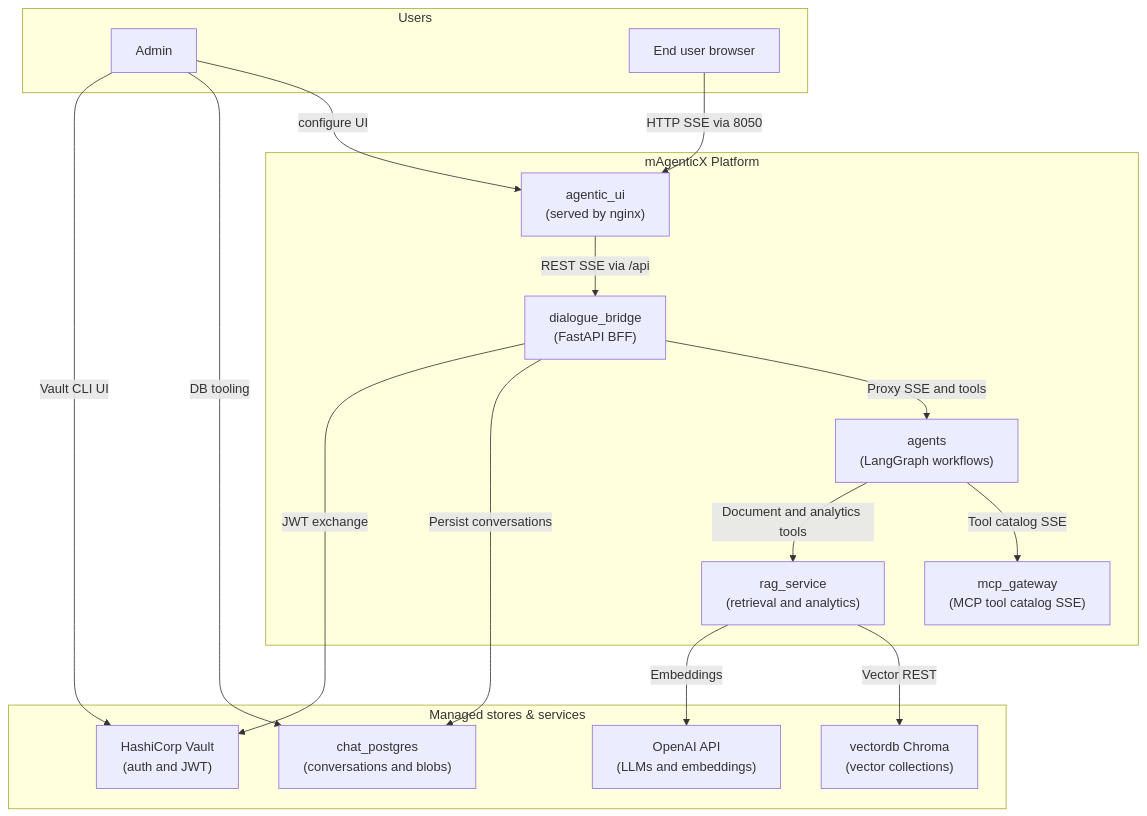
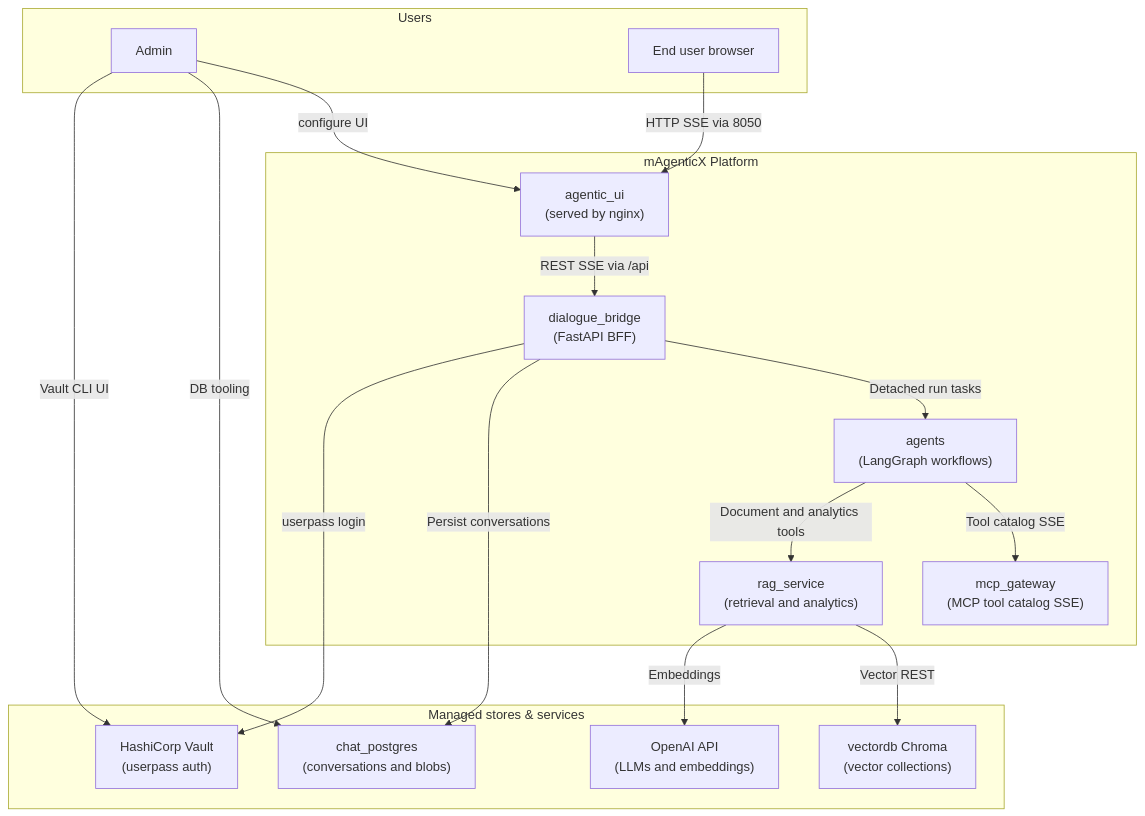
The first of 9 diagrams in README.md (konstantinosmpouros/mAgenticX), drawn with Mermaid before and after one commit. The commit also changed other lines of this file and 9 other files, not shown here.

````diff
--- a/README.md
+++ b/README.md
@@ -18,35 +18,35 @@
 ```mermaid
 flowchart TB
     subgraph Users["Users"]
         Admin["Admin"]
         Browser["End user browser"]
     end
 
     subgraph Platform["mAgenticX Platform"]
         UI["agentic_ui<br/>(served by nginx)"]
         Bridge["dialogue_bridge<br/>(FastAPI BFF)"]
         Agents["agents<br/>(LangGraph workflows)"]
         MCP["mcp_gateway<br/>(MCP tool catalog SSE)"]
         RAG["rag_service<br/>(retrieval and analytics)"]
     end
 
     subgraph Stores["Managed stores & services"]
         PG["chat_postgres<br/>(conversations and blobs)"]
-        Vault["HashiCorp Vault<br/>(auth and JWT)"]
+        Vault["HashiCorp Vault<br/>(userpass auth)"]
         Chroma["vectordb Chroma<br/>(vector collections)"]
         OpenAI["OpenAI API<br/>(LLMs and embeddings)"]
     end
 
     Admin -->|"configure UI"| UI
     Browser -->|"HTTP SSE via 8050"| UI
     UI -->|"REST SSE via /api"| Bridge
-    Bridge -->|"Proxy SSE and tools"| Agents
+    Bridge -->|"Detached run tasks"| Agents
     Agents -->|"Tool catalog SSE"| MCP
     Bridge -->|"Persist conversations"| PG
-    Bridge -->|"JWT exchange"| Vault
+    Bridge -->|"userpass login"| Vault
     Agents -->|"Document and analytics tools"| RAG
     RAG -->|"Vector REST"| Chroma
     RAG -->|"Embeddings"| OpenAI
     Admin -->|"DB tooling"| PG
     Admin -->|"Vault CLI UI"| Vault
 ```
````
